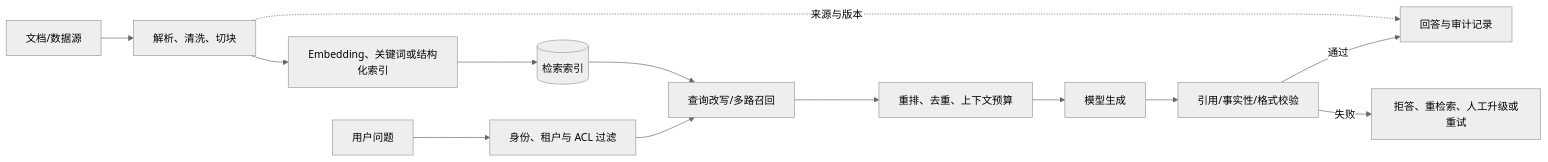
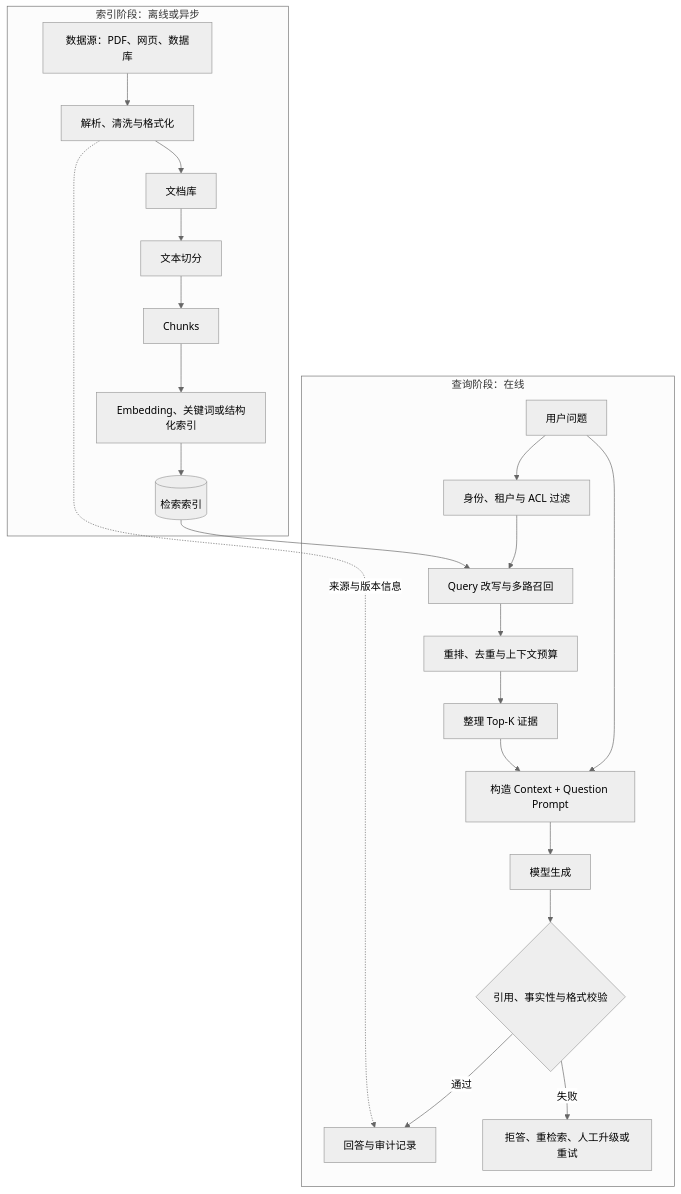
One commit to lijihao-0804/interview-forge changed the first of 2 diagrams in books/小林面试笔记AI/tujie-agent/08-RAG 是什么？RAG 检索增强面试题万字图解.md. Above: the diagram before and after it, drawn with Mermaid (neutral theme). The commit also changed other lines of this file and 142 other files, not shown here.

Commit message:
docs: improve OCR notes and flow diagrams

````diff
--- a/books/小林面试笔记AI/tujie-agent/08-RAG 是什么？RAG 检索增强面试题万字图解.md
+++ b/books/小林面试笔记AI/tujie-agent/08-RAG 是什么？RAG 检索增强面试题万字图解.md
@@ -109,15 +109,25 @@
 ```mermaid
-flowchart LR
-    A[文档/数据源] --> B[解析、清洗、切块]
-    B --> C[Embedding、关键词或结构化索引]
-    C --> D[(检索索引)]
-    Q[用户问题] --> P[身份、租户与 ACL 过滤]
-    P --> R[查询改写/多路召回]
-    D --> R
-    R --> K[重排、去重、上下文预算]
-    K --> G[模型生成]
-    G --> V[引用/事实性/格式校验]
-    V -->|通过| O[回答与审计记录]
-    V -->|失败| E[拒答、重检索、人工升级或重试]
-    B -.来源与版本.-> O
+flowchart TD
+    subgraph Offline[索引阶段：离线或异步]
+        SRC[数据源：PDF、网页、数据库] --> CLEAN[解析、清洗与格式化]
+        CLEAN --> DOC[文档库]
+        DOC --> SPLIT[文本切分]
+        SPLIT --> CHUNK[Chunks]
+        CHUNK --> INDEXER[Embedding、关键词或结构化索引]
+        INDEXER --> INDEX[(检索索引)]
+    end
+    subgraph Online[查询阶段：在线]
+        Q[用户问题] --> ACL[身份、租户与 ACL 过滤]
+        ACL --> REWRITE[Query 改写与多路召回]
+        INDEX --> REWRITE
+        REWRITE --> RERANK[重排、去重与上下文预算]
+        RERANK --> TOPK[整理 Top-K 证据]
+        Q --> PROMPT[构造 Context + Question Prompt]
+        TOPK --> PROMPT
+        PROMPT --> LLM[模型生成]
+        LLM --> CHECK{引用、事实性与格式校验}
+        CHECK -->|通过| ANSWER[回答与审计记录]
+        CHECK -->|失败| RECOVER[拒答、重检索、人工升级或重试]
+    end
+    CLEAN -.来源与版本信息.-> ANSWER
 ```
````
